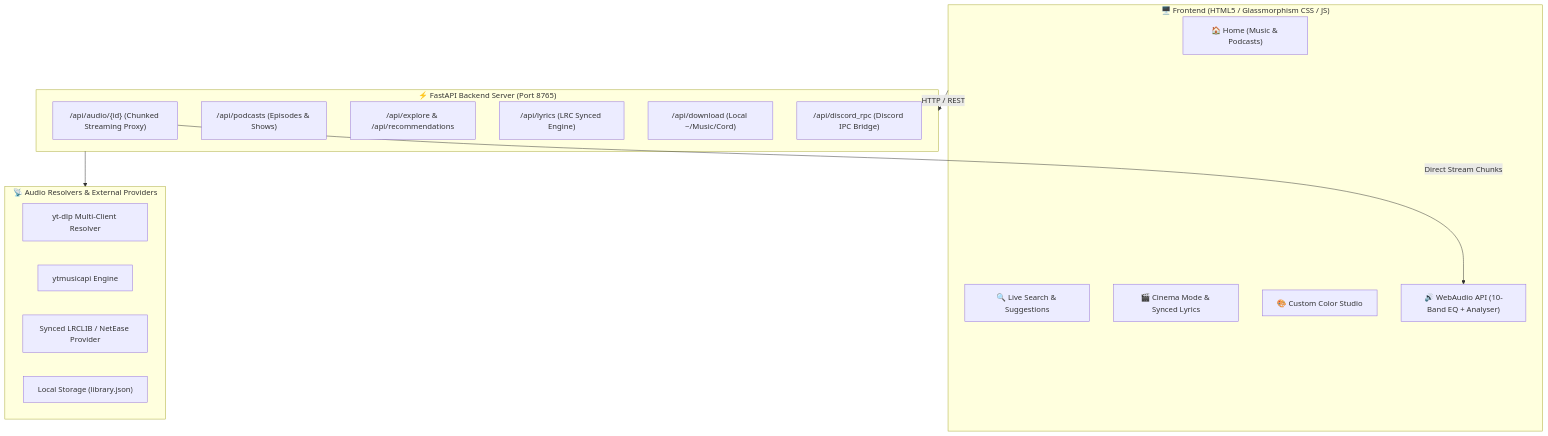
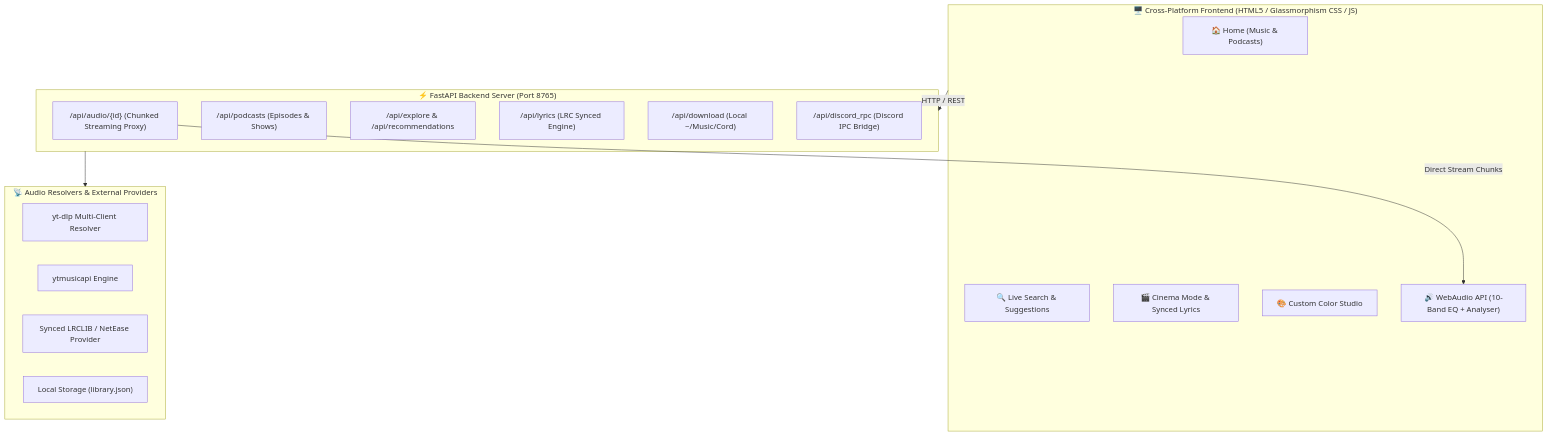
One commit to himanshu-xyz-1/Cord-player changed the diagram in README.md. Above: the diagram before and after it, drawn with Mermaid. The commit also changed other lines of this file and 5 other files, not shown here.

Commit message:
docs: complete cross-platform support for Windows, macOS, Linux, and Android with run scripts and PWA manifest

````diff
--- a/README.md
+++ b/README.md
@@ -121,30 +190,30 @@
 ```mermaid
 flowchart TD
-    subgraph UI ["🖥️ Frontend (HTML5 / Glassmorphism CSS / JS)"]
+    subgraph UI ["🖥️ Cross-Platform Frontend (HTML5 / Glassmorphism CSS / JS)"]
         UI_Home["🏠 Home (Music & Podcasts)"]
         UI_Search["🔍 Live Search & Suggestions"]
         UI_Cinema["🎬 Cinema Mode & Synced Lyrics"]
         UI_Studio["🎨 Custom Color Studio"]
         UI_WebAudio["🔊 WebAudio API (10-Band EQ + Analyser)"]
     end
 
     subgraph Backend ["⚡ FastAPI Backend Server (Port 8765)"]
         API_Audio["/api/audio/{id} (Chunked Streaming Proxy)"]
         API_Podcasts["/api/podcasts (Episodes & Shows)"]
         API_Explore["/api/explore & /api/recommendations"]
         API_Lyrics["/api/lyrics (LRC Synced Engine)"]
         API_Download["/api/download (Local ~/Music/Cord)"]
         API_RPC["/api/discord_rpc (Discord IPC Bridge)"]
     end
 
     subgraph Core ["📡 Audio Resolvers & External Providers"]
         YTDLP["yt-dlp Multi-Client Resolver"]
         YTM["ytmusicapi Engine"]
         LRC["Synced LRCLIB / NetEase Provider"]
         DISK["Local Storage (library.json)"]
     end
 
     UI -->|HTTP / REST| Backend
     Backend --> Core
     API_Audio -->|Direct Stream Chunks| UI_WebAudio
 ```
````
